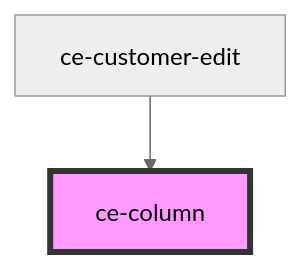
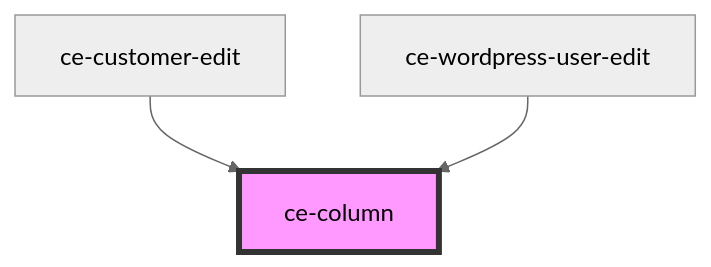
The diagram in packages/components/src/components/ui/column/readme.md (surecart/surecart-wp-plugin), drawn with Mermaid (neutral theme) before and after one commit. The commit also changed other lines of this file and 27 other files, not shown here.

````diff
--- a/packages/components/src/components/ui/column/readme.md
+++ b/packages/components/src/components/ui/column/readme.md
@@ -15,5 +16,6 @@
 ```mermaid
 graph TD;
   ce-customer-edit --> ce-column
+  ce-wordpress-user-edit --> ce-column
   style ce-column fill:#f9f,stroke:#333,stroke-width:4px
 ```
````
